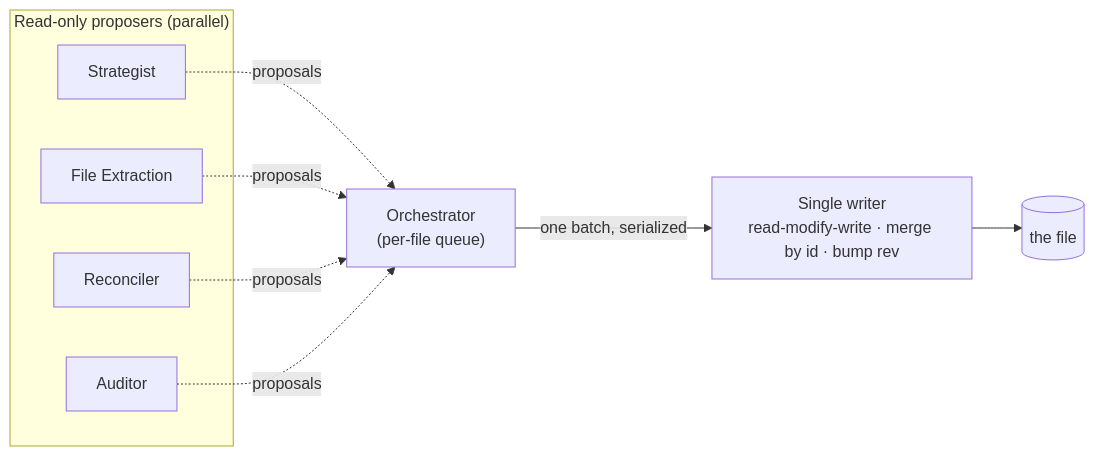
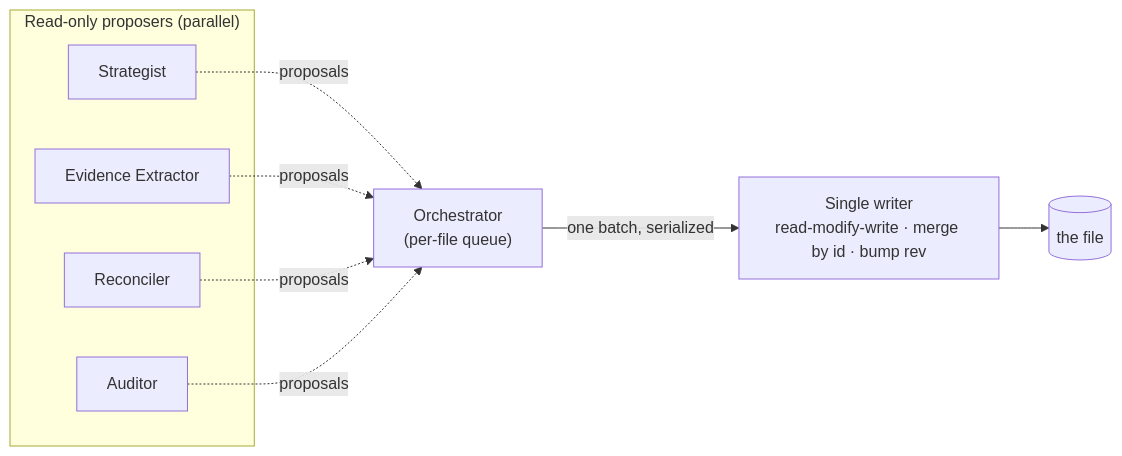
The second of 2 diagrams in plugins/hsb-teamwork/skills/origination-brainstorm/README.md (hugo-hsbtech/teamwork-process-marketplace), drawn with Mermaid before and after one commit. The commit also changed other lines of this file and 90 other files, not shown here.

````diff
--- a/plugins/hsb-teamwork/skills/origination-brainstorm/README.md
+++ b/plugins/hsb-teamwork/skills/origination-brainstorm/README.md
@@ -124,12 +125,12 @@
 ```mermaid
 flowchart LR
     subgraph RO["Read-only proposers (parallel)"]
         A["Strategist"]
-        B["File Extraction"]
+        B["Evidence Extractor"]
         C["Reconciler"]
         D["Auditor"]
     end
     A & B & C & D -.proposals.-> ORC["Orchestrator<br/>(per-file queue)"]
     ORC -->|"one batch, serialized"| W["Single writer<br/>read-modify-write · merge by id · bump rev"]
     W --> F[("the file")]
 ```
````
